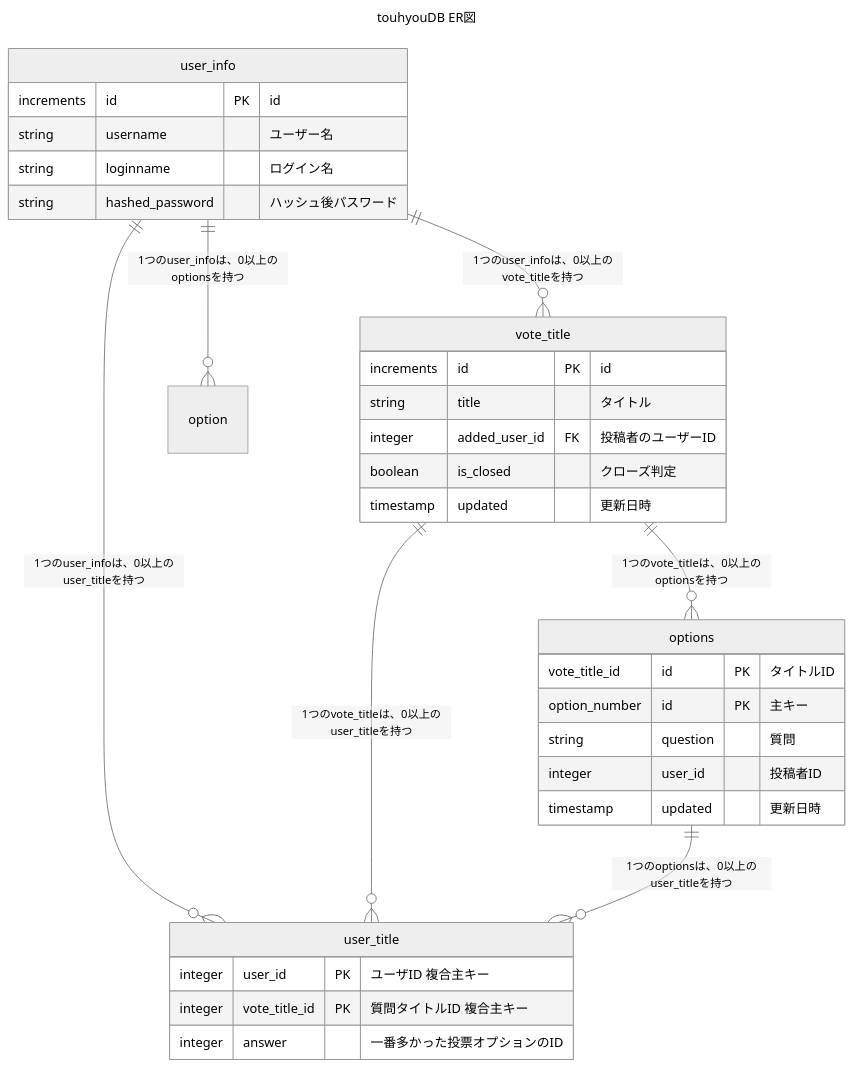
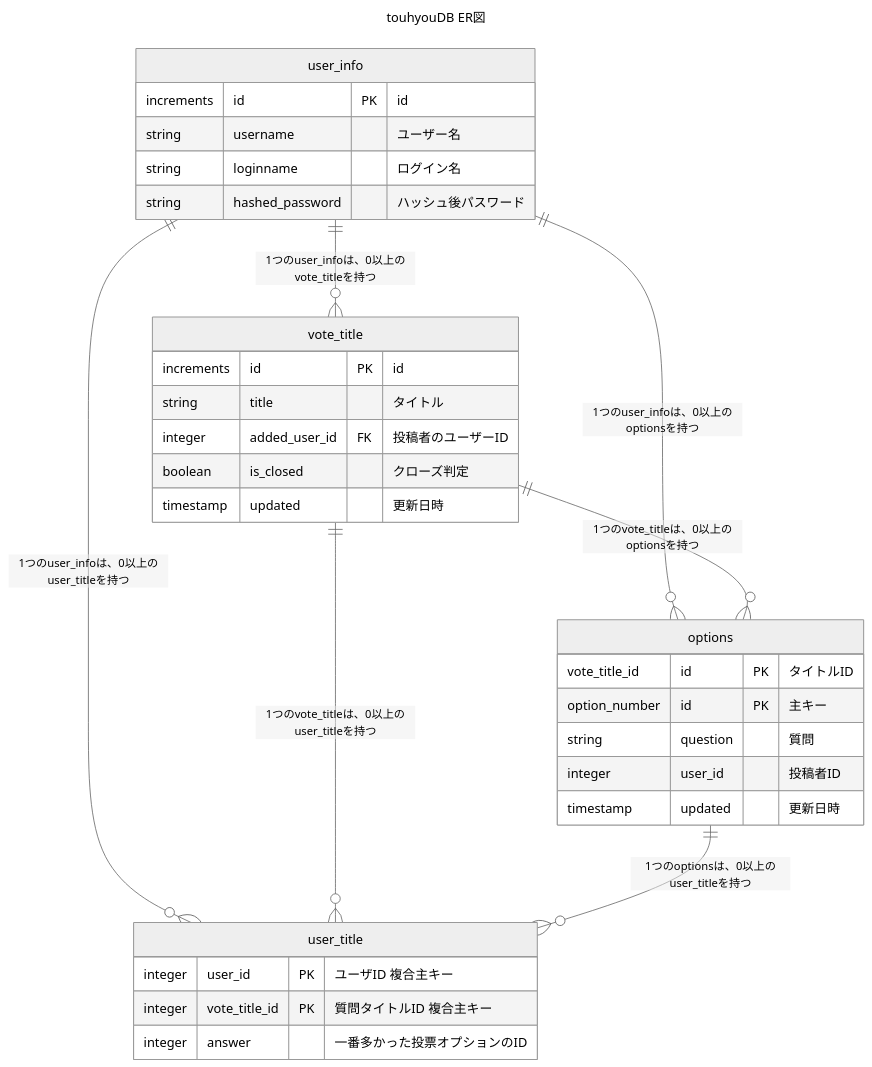
The diagram in README.md (Ar3cibo/touhyou), drawn with Mermaid (neutral theme) before and after one commit.

Commit message:
ReadMe modified

````diff
--- a/README.md
+++ b/README.md
@@ -4,42 +4,42 @@
 ```mermaid
 ---
 title: "touhyouDB ER図"
 ---
 erDiagram
 
 user_info {
 increments id PK "id"
 string username "ユーザー名"
 string loginname "ログイン名"
 string hashed_password "ハッシュ後パスワード"
 }
 
 vote_title {
 increments id PK "id"
 string title "タイトル"
 integer added_user_id  FK "投稿者のユーザーID"
 boolean is_closed "クローズ判定"
 timestamp updated "更新日時"
 }
 
 options {
 vote_title_id id PK "タイトルID"
 option_number id PK "主キー"
 string question "質問"
 integer user_id "投稿者ID"
 timestamp updated "更新日時"
 }
 
 user_title {
 integer user_id PK "ユーザID 複合主キー"
 integer vote_title_id PK "質問タイトルID 複合主キー"
 integer answer "一番多かった投票オプションのID"
 }
 
 user_info ||--o{ user_title : "1つのuser_infoは、0以上のuser_titleを持つ"
 user_info ||--o{ vote_title : "1つのuser_infoは、0以上のvote_titleを持つ"
-user_info ||--o{ option : "1つのuser_infoは、0以上のoptionsを持つ"
+user_info ||--o{ options : "1つのuser_infoは、0以上のoptionsを持つ"
 vote_title ||--o{ options : "1つのvote_titleは、0以上のoptionsを持つ"
 vote_title ||--o{ user_title : "1つのvote_titleは、0以上のuser_titleを持つ"
 options ||--o{ user_title : "1つのoptionsは、0以上のuser_titleを持つ"
 ```
````
